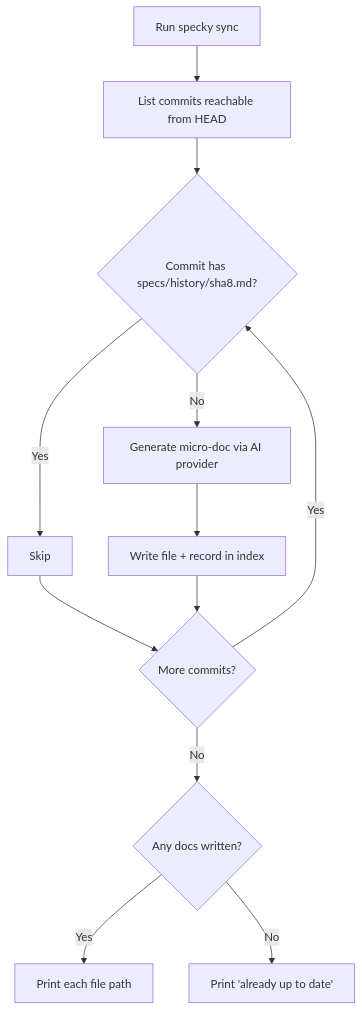
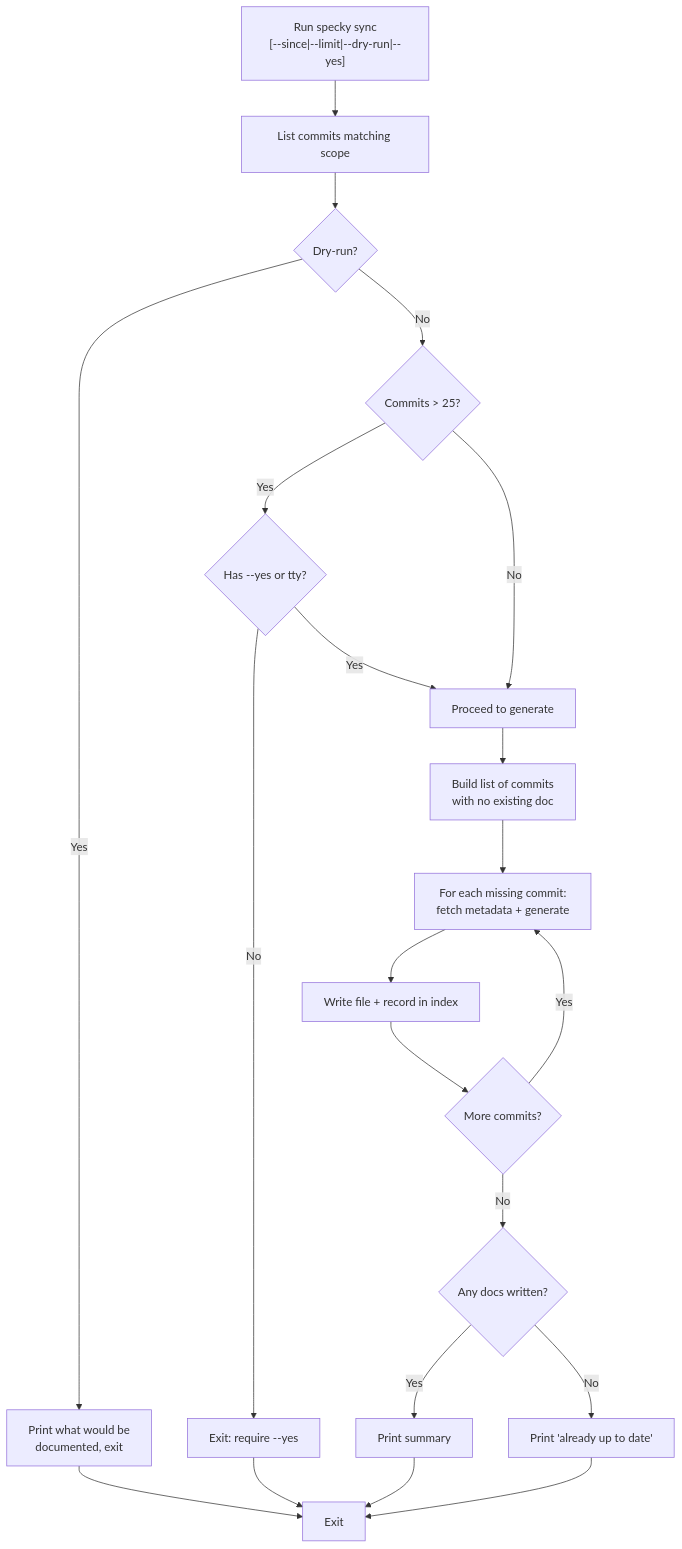
One commit to danyyacoub/specky changed the diagram in specs/cli/sync.md. Above: the diagram before and after it, drawn with Mermaid. The commit also changed other lines of this file and 1 other file, not shown here.

Commit message:
docs: sync specky docs [skip specky]

````diff
--- a/specs/cli/sync.md
+++ b/specs/cli/sync.md
@@ -20,14 +22,23 @@
 ```mermaid
 flowchart TD
-    A[Run specky sync] --> B[List commits reachable from HEAD]
-    B --> C{Commit has specs/history/sha8.md?}
-    C -->|Yes| D[Skip]
-    C -->|No| E[Generate micro-doc via AI provider]
-    E --> F[Write file + record in index]
-    D --> G{More commits?}
-    F --> G
-    G -->|Yes| C
-    G -->|No| H{Any docs written?}
-    H -->|Yes| I[Print each file path]
-    H -->|No| J[Print 'already up to date']
+    A["Run specky sync<br/>[--since|--limit|--dry-run|--yes]"] --> B["List commits matching scope"]
+    B --> C{"Dry-run?"}
+    C -->|Yes| D["Print what would be<br/>documented, exit"]
+    C -->|No| E{"Commits > 25?"}
+    E -->|Yes| F{"Has --yes or tty?"}
+    F -->|No| G["Exit: require --yes"]
+    F -->|Yes| H["Proceed to generate"]
+    E -->|No| H
+    H --> I["Build list of commits<br/>with no existing doc"]
+    I --> J["For each missing commit:<br/>fetch metadata + generate"]
+    J --> K["Write file + record in index"]
+    K --> L{"More commits?"}
+    L -->|Yes| J
+    L -->|No| M{"Any docs written?"}
+    M -->|Yes| N["Print summary"]
+    M -->|No| O["Print 'already up to date'"]
+    D --> P["Exit"]
+    G --> P
+    N --> P
+    O --> P
 ```
````
